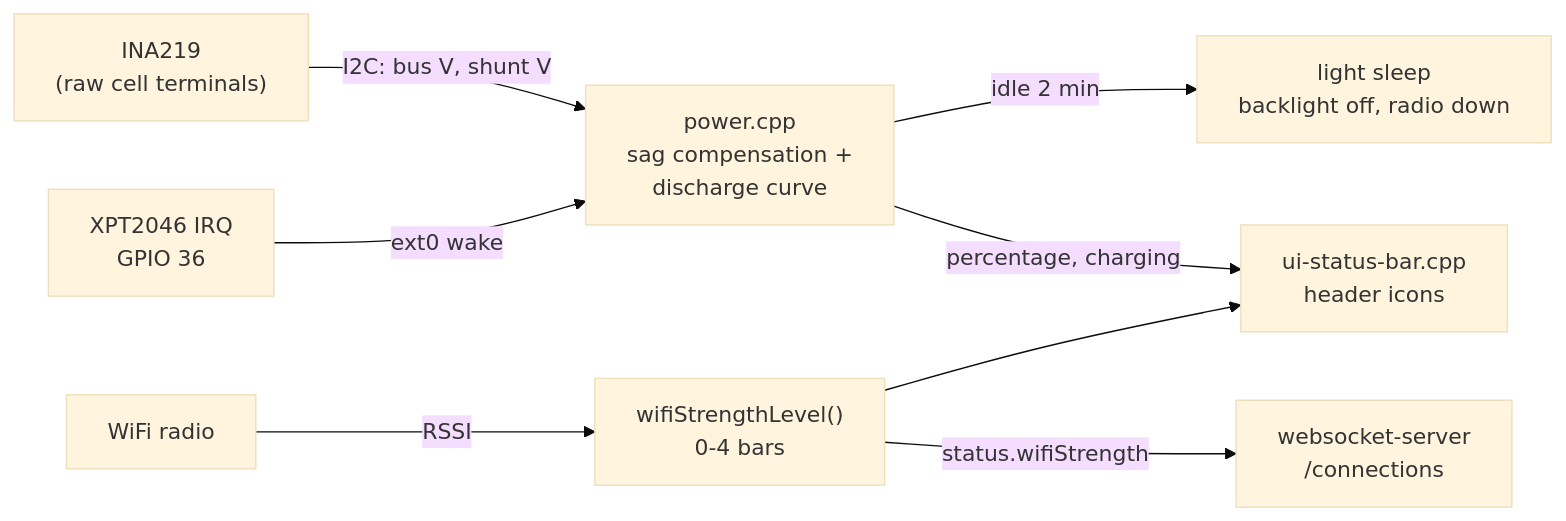
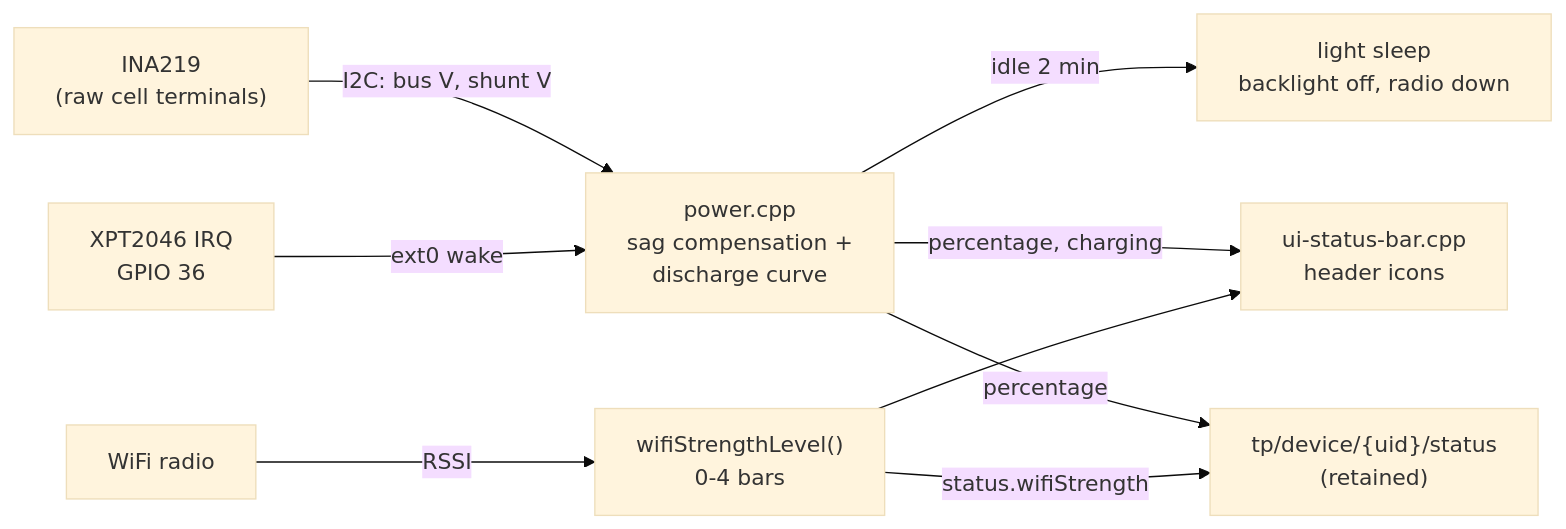
The third of 8 diagrams in docs/CYD_DESIGN.md (yodivdhende/terra-prime), drawn with Mermaid (base theme) before and after one commit. The commit also changed other lines of this file and 42 other files, not shown here.

````diff
--- a/docs/CYD_DESIGN.md
+++ b/docs/CYD_DESIGN.md
@@ -144,10 +158,11 @@
 ```mermaid
 flowchart LR
     ina["INA219\n(raw cell terminals)"] -- "I2C: bus V, shunt V" --> power["power.cpp\nsag compensation +\ndischarge curve"]
     touch["XPT2046 IRQ\nGPIO 36"] -- "ext0 wake" --> power
     power -- "idle 2 min" --> sleep["light sleep\nbacklight off, radio down"]
     radio["WiFi radio"] -- "RSSI" --> level["wifiStrengthLevel()\n0-4 bars"]
     power -- "percentage, charging" --> bar["ui-status-bar.cpp\nheader icons"]
+    power -- "percentage" --> mq
     level --> bar
-    level -- "status.wifiStrength" --> ws["websocket-server\n/connections"]
+    level -- "status.wifiStrength" --> mq["tp/device/{uid}/status\n(retained)"]
 ```
````
